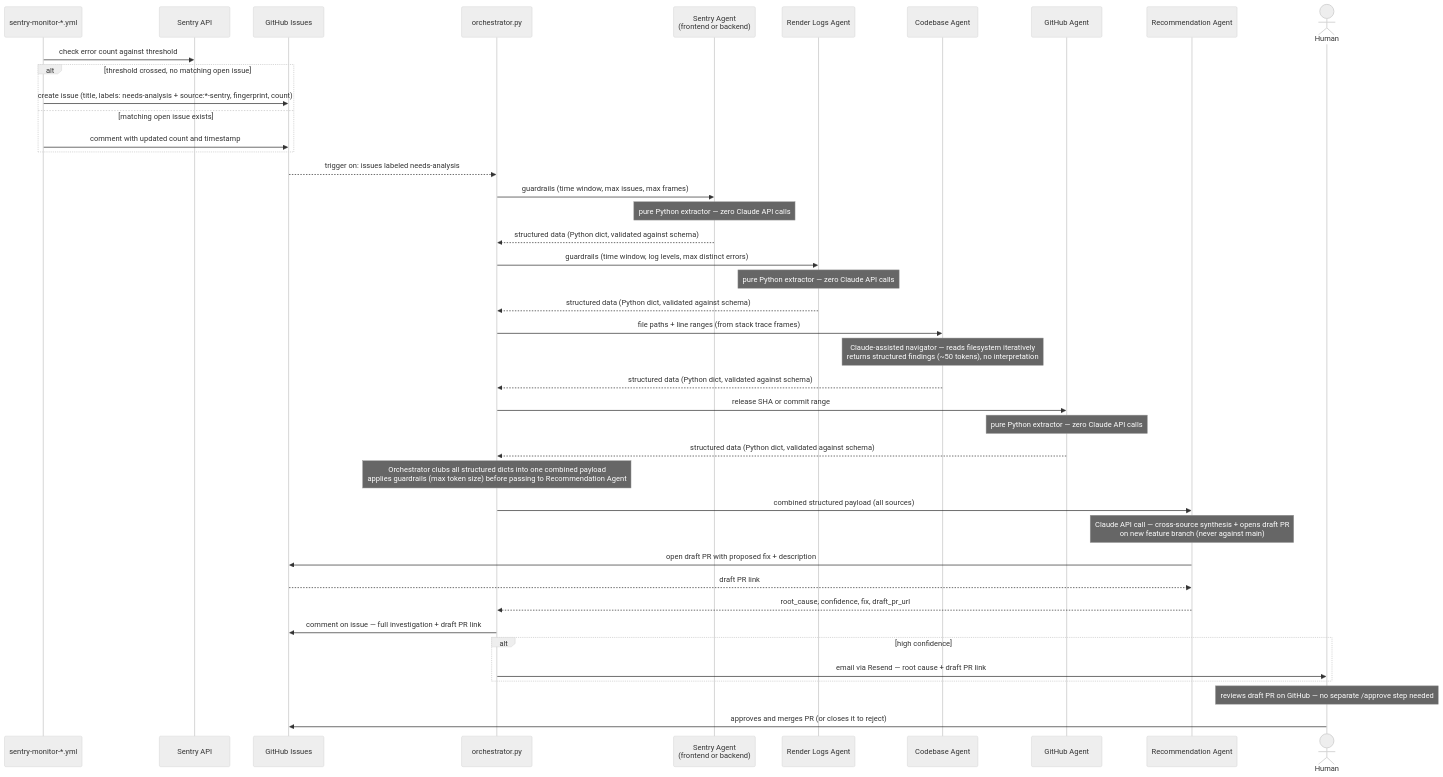
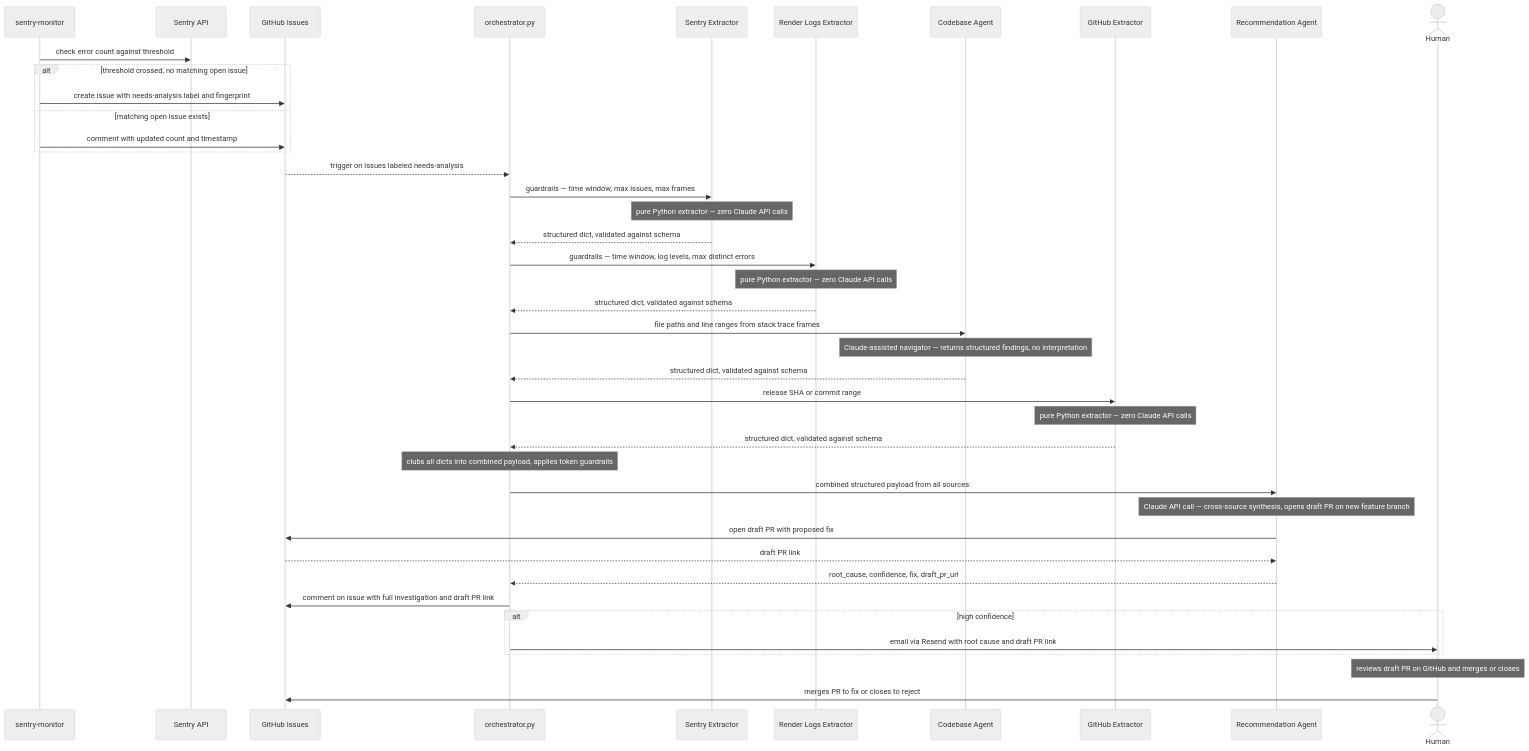
Before and after one commit to vikasparth/restaurant-main: the third of 4 diagrams in docs/engineering-practices/agent-architecture.md, drawn with Mermaid (neutral theme). The commit also changed other lines of this file, not shown here.

First line of the commit message:
fix(docs): remove br tags from Mermaid diagrams to fix parse errors

````diff
--- a/docs/engineering-practices/agent-architecture.md
+++ b/docs/engineering-practices/agent-architecture.md
@@ -688,46 +688,46 @@
 ```mermaid
 sequenceDiagram
-    participant Monitor as sentry-monitor-*.yml
+    participant Monitor as sentry-monitor
     participant Sentry as Sentry API
     participant GH as GitHub Issues
     participant Orch as orchestrator.py
-    participant SAgent as Sentry Agent<br/>(frontend or backend)
-    participant Render as Render Logs Agent
+    participant SAgent as Sentry Extractor
+    participant Render as Render Logs Extractor
     participant Code as Codebase Agent
-    participant GHAgent as GitHub Agent
+    participant GHAgent as GitHub Extractor
     participant Rec as Recommendation Agent
     actor Human as Human
 
     Monitor->>Sentry: check error count against threshold
     alt threshold crossed, no matching open issue
-        Monitor->>GH: create issue (title, labels: needs-analysis + source:*-sentry, fingerprint, count)
+        Monitor->>GH: create issue with needs-analysis label and fingerprint
     else matching open issue exists
         Monitor->>GH: comment with updated count and timestamp
     end
 
-    GH-->>Orch: trigger on: issues labeled needs-analysis
-    Orch->>SAgent: guardrails (time window, max issues, max frames)
+    GH-->>Orch: trigger on issues labeled needs-analysis
+    Orch->>SAgent: guardrails — time window, max issues, max frames
     Note over SAgent: pure Python extractor — zero Claude API calls
-    SAgent-->>Orch: structured data (Python dict, validated against schema)
-    Orch->>Render: guardrails (time window, log levels, max distinct errors)
+    SAgent-->>Orch: structured dict, validated against schema
+    Orch->>Render: guardrails — time window, log levels, max distinct errors
     Note over Render: pure Python extractor — zero Claude API calls
-    Render-->>Orch: structured data (Python dict, validated against schema)
-    Orch->>Code: file paths + line ranges (from stack trace frames)
-    Note over Code: Claude-assisted navigator — reads filesystem iteratively<br/>returns structured findings (~50 tokens), no interpretation
-    Code-->>Orch: structured data (Python dict, validated against schema)
+    Render-->>Orch: structured dict, validated against schema
+    Orch->>Code: file paths and line ranges from stack trace frames
+    Note over Code: Claude-assisted navigator — returns structured findings, no interpretation
+    Code-->>Orch: structured dict, validated against schema
     Orch->>GHAgent: release SHA or commit range
     Note over GHAgent: pure Python extractor — zero Claude API calls
-    GHAgent-->>Orch: structured data (Python dict, validated against schema)
-    Note over Orch: Orchestrator clubs all structured dicts into one combined payload<br/>applies guardrails (max token size) before passing to Recommendation Agent
-    Orch->>Rec: combined structured payload (all sources)
-    Note over Rec: Claude API call — cross-source synthesis + opens draft PR<br/>on new feature branch (never against main)
-    Rec->>GH: open draft PR with proposed fix + description
+    GHAgent-->>Orch: structured dict, validated against schema
+    Note over Orch: clubs all dicts into combined payload, applies token guardrails
+    Orch->>Rec: combined structured payload from all sources
+    Note over Rec: Claude API call — cross-source synthesis, opens draft PR on new feature branch
+    Rec->>GH: open draft PR with proposed fix
     GH-->>Rec: draft PR link
     Rec-->>Orch: root_cause, confidence, fix, draft_pr_url
-    Orch->>GH: comment on issue — full investigation + draft PR link
+    Orch->>GH: comment on issue with full investigation and draft PR link
     alt high confidence
-        Orch->>Human: email via Resend — root cause + draft PR link
+        Orch->>Human: email via Resend with root cause and draft PR link
     end
-    Note over Human: reviews draft PR on GitHub — no separate /approve step needed
-    Human->>GH: approves and merges PR (or closes it to reject)
+    Note over Human: reviews draft PR on GitHub and merges or closes
+    Human->>GH: merges PR to fix or closes to reject
 ```
````
